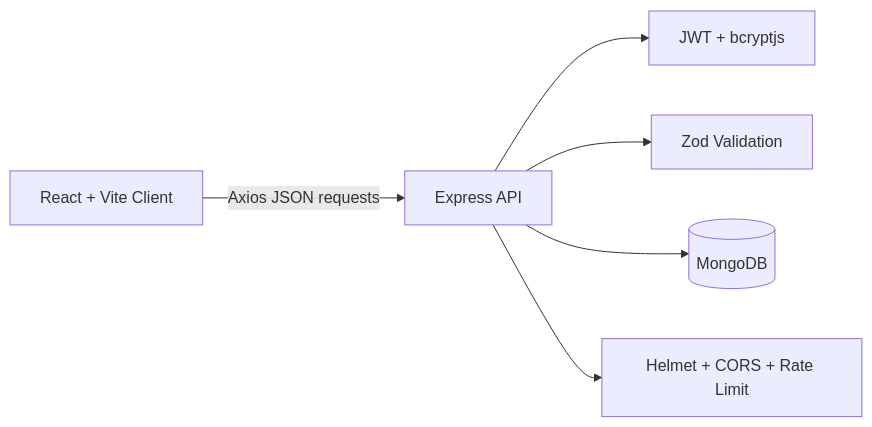
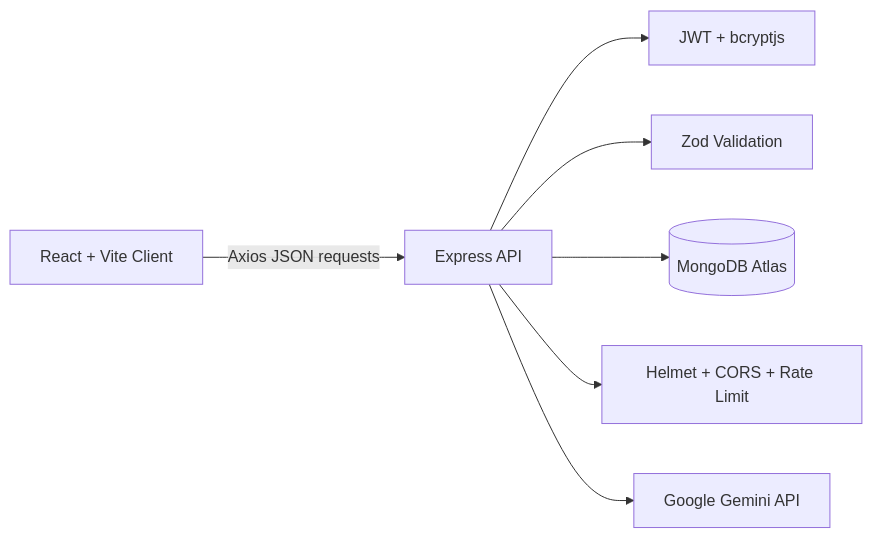
One commit to krisna-codes37/DevTrace changed the first of 3 diagrams in README.md. Above: the diagram before and after it, drawn with Mermaid. The commit also changed other lines of this file and 1 other file, not shown here.

````diff
--- a/README.md
+++ b/README.md
@@ -71,8 +177,17 @@
 ```mermaid
 flowchart LR
-    Browser[React + Vite Client] -->|Axios JSON requests| API[Express API]
-    API --> Auth[JWT + bcryptjs]
-    API --> Validation[Zod Validation]
-    API --> Mongo[(MongoDB)]
-    API --> Security[Helmet + CORS + Rate Limit]
+    Browser[React + Vite Client]
+    API[Express API]
+    Auth[JWT + bcryptjs]
+    Validation[Zod Validation]
+    Mongo[(MongoDB Atlas)]
+    Security[Helmet + CORS + Rate Limit]
+    AI[Google Gemini API]
+
+    Browser -->|Axios JSON requests| API
+    API --> Auth
+    API --> Validation
+    API --> Mongo
+    API --> Security
+    API --> AI
 ```
````
